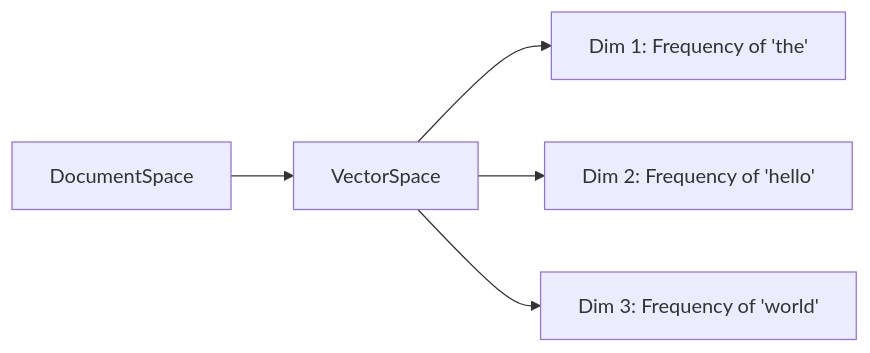
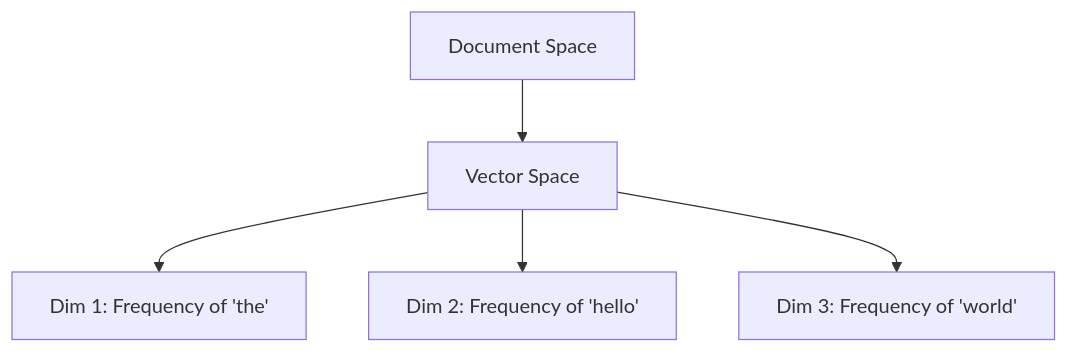
One commit to mgorav/Vectors changed the first of 3 diagrams in readme.md. Above: the diagram before and after it, drawn with Mermaid. The commit also changed 1 other file, not shown here.

````diff
--- a/readme.md
+++ b/readme.md
@@ -12,8 +12,7 @@
 ```mermaid
-graph LR
-  A[DocumentSpace] --> B[VectorSpace]
+graph TD
+  A[Document Space] --> B[Vector Space]
   B --> C[Dim 1: Frequency of 'the']
   B --> D[Dim 2: Frequency of 'hello']
   B --> E[Dim 3: Frequency of 'world']
-
 ```
````
